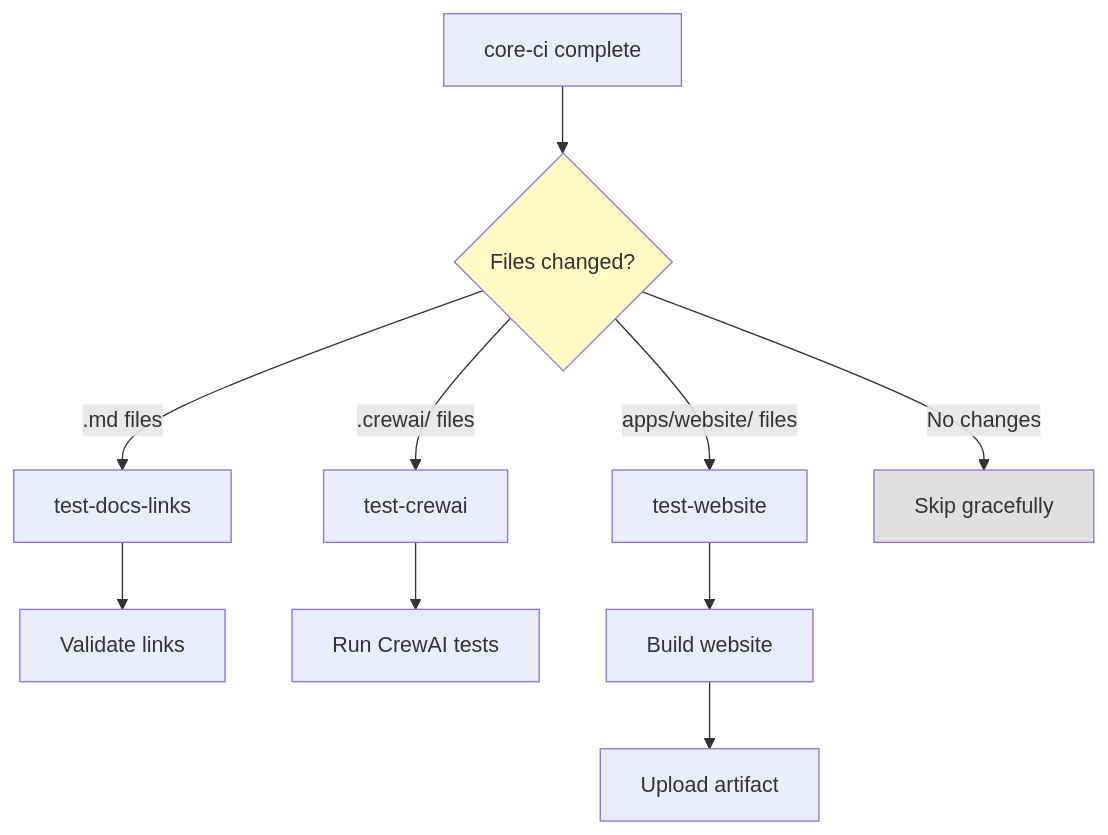
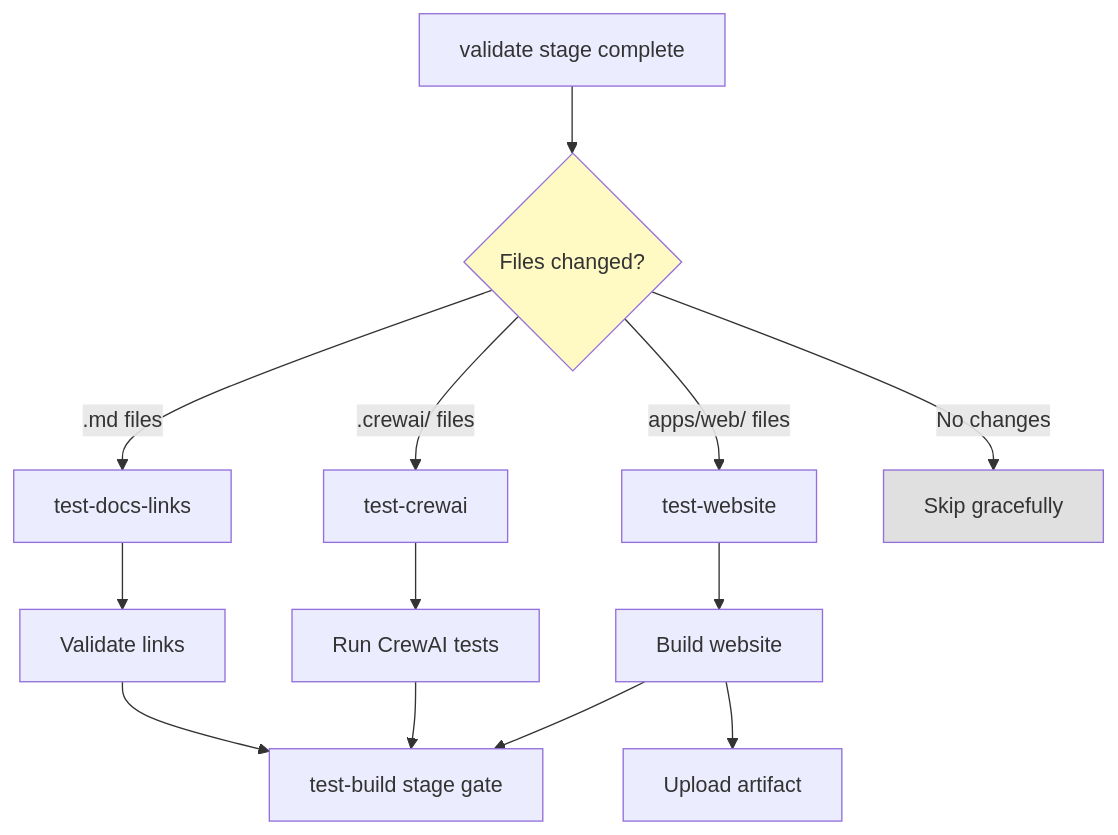
Before and after one commit to blazintrailssarah/agent-project: the third of 12 diagrams in .github/workflows/README.md, drawn with Mermaid. The commit also changed other lines of this file and 65 other files, not shown here.

````diff
--- a/.github/workflows/README.md
+++ b/.github/workflows/README.md
@@ -80,18 +93,21 @@
 ```mermaid
 graph TD
-    A[core-ci complete] --> B{Files changed?}
+    A[validate stage complete] --> B{Files changed?}
 
     B -->|.md files| C[test-docs-links]
     B -->|.crewai/ files| D[test-crewai]
-    B -->|apps/website/ files| E[test-website]
+    B -->|apps/web/ files| E[test-website]
     B -->|No changes| F[Skip gracefully]
 
     C --> G[Validate links]
     D --> H[Run CrewAI tests]
     E --> I[Build website]
 
     I --> J[Upload artifact]
+    G --> K[test-build stage gate]
+    H --> K
+    I --> K
 
     style B fill:#fff9c4
     style F fill:#e0e0e0
 ```
````
